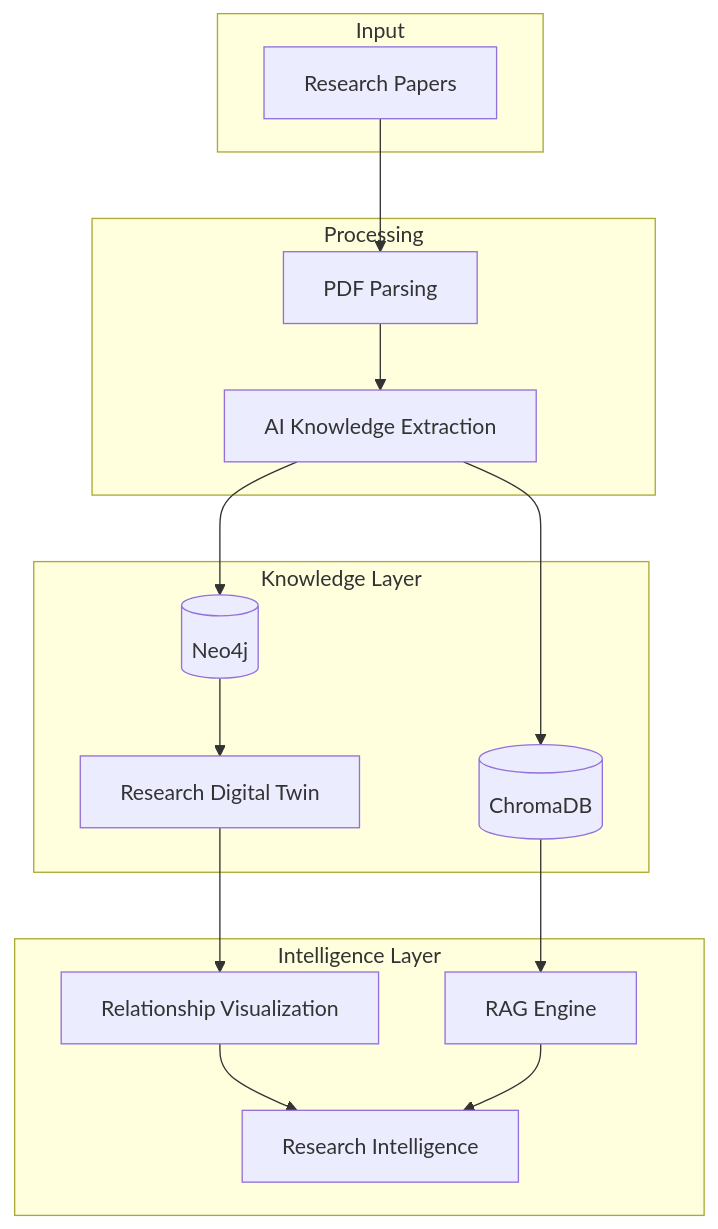
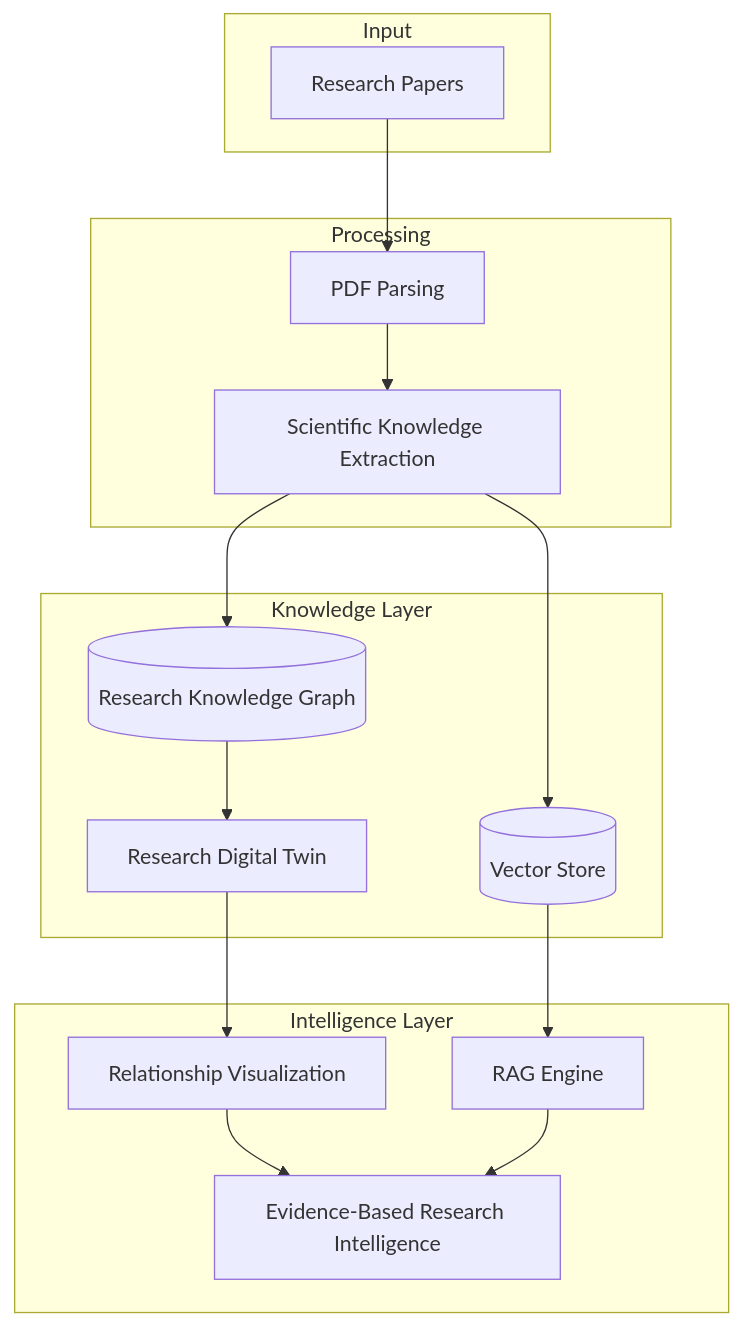
Before and after one commit to farahalmujaljel/Burhan: the fourth of 5 diagrams in README.md, drawn with Mermaid. The commit also changed other lines of this file, not shown here.

````diff
--- a/README.md
+++ b/README.md
@@ -187,38 +176,38 @@
 ```mermaid
 flowchart TB
 
     subgraph Input
         A[Research Papers]
     end
 
     subgraph Processing
         B[PDF Parsing]
-        C[AI Knowledge Extraction]
+        C[Scientific Knowledge Extraction]
     end
 
     subgraph Knowledge Layer
-        D[(Neo4j)]
+        D[(Research Knowledge Graph)]
         E[Research Digital Twin]
-        F[(ChromaDB)]
+        F[(Vector Store)]
     end
 
     subgraph Intelligence Layer
         G[Relationship Visualization]
         H[RAG Engine]
-        I[Research Intelligence]
+        I[Evidence-Based Research Intelligence]
     end
 
     A --> B
     B --> C
 
     C --> D
     D --> E
 
     C --> F
 
     E --> G
     F --> H
 
     G --> I
     H --> I
 ```
````
